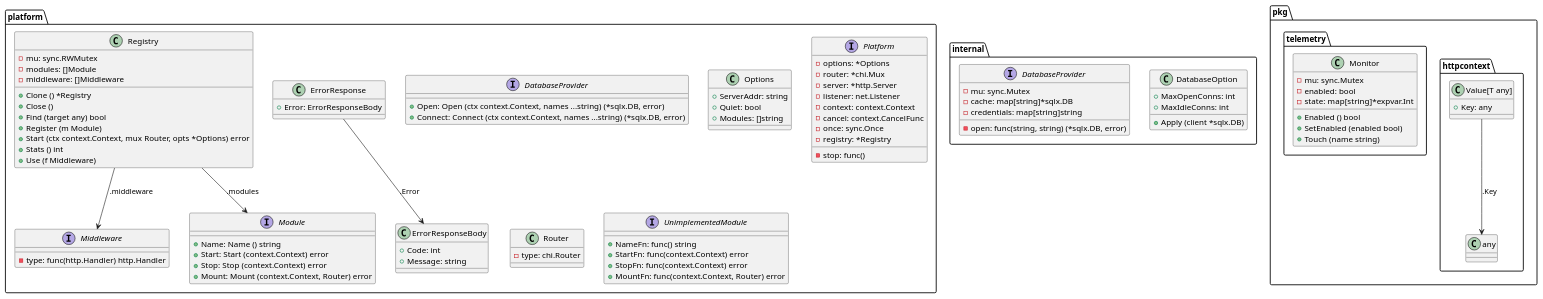
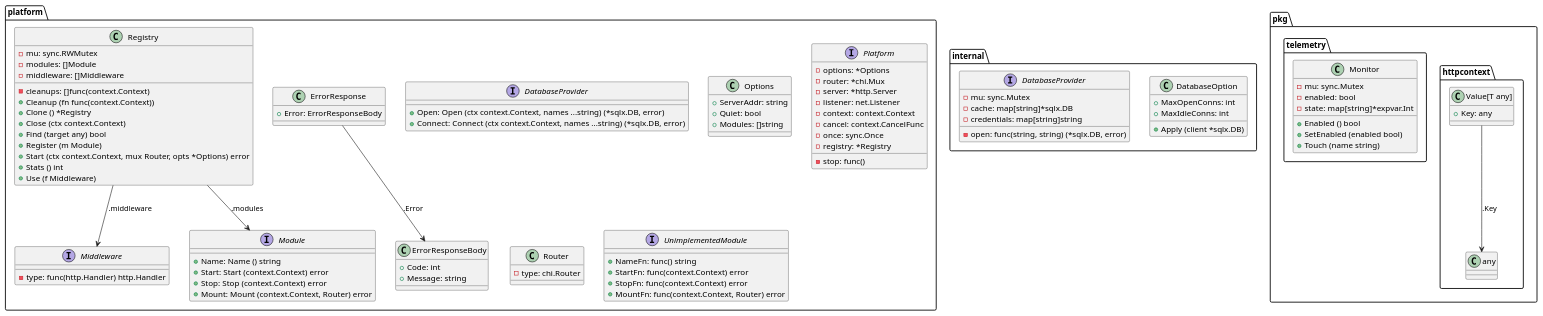
Before and after one commit to titpetric/platform: the diagram in docs/structure.puml, drawn with PlantUML. The commit also changed 5 other files, not shown here.

Commit message:
Shutdown context API extension for registry, register t.Cleanup style functions but context aware

```diff
--- a/docs/structure.puml
+++ b/docs/structure.puml
@@ -1,115 +1,117 @@
 @startuml
 
 class "internal.DatabaseOption" {
   + MaxOpenConns: int
   + MaxIdleConns: int
   + Apply (client *sqlx.DB)
 }
 
 interface "internal.DatabaseProvider" {
   - open: func(string, string) (*sqlx.DB, error)
   - mu: sync.Mutex
   - cache: map[string]*sqlx.DB
   - credentials: map[string]string
 }
 
 class "pkg.httpcontext.Value[T any]" {
   + Key: any
 }
 
 class "pkg.telemetry.Monitor" {
   - mu: sync.Mutex
   - enabled: bool
   - state: map[string]*expvar.Int
   + Enabled () bool
   + SetEnabled (enabled bool)
   + Touch (name string)
 }
 
 interface "platform.DatabaseProvider" {
   + Open: Open (ctx context.Context, names ...string) (*sqlx.DB, error)
   + Connect: Connect (ctx context.Context, names ...string) (*sqlx.DB, error)
 }
 
 class "platform.ErrorResponse" {
   + Error: ErrorResponseBody
 }
 
 class "platform.ErrorResponseBody" {
   + Code: int
   + Message: string
 }
 
 interface "platform.Middleware" {
   - type: func(http.Handler) http.Handler
 }
 
 interface "platform.Module" {
   + Name: Name () string
   + Start: Start (context.Context) error
   + Stop: Stop (context.Context) error
   + Mount: Mount (context.Context, Router) error
 }
 
 class "platform.Options" {
   + ServerAddr: string
   + Quiet: bool
   + Modules: []string
 }
 
 interface "platform.Platform" {
   - options: *Options
   - router: *chi.Mux
   - server: *http.Server
   - listener: net.Listener
   - context: context.Context
   - cancel: context.CancelFunc
   - stop: func()
   - once: sync.Once
   - registry: *Registry
 }
 
 class "platform.Registry" {
   - mu: sync.RWMutex
   - modules: []Module
   - middleware: []Middleware
+  - cleanups: []func(context.Context)
+  + Cleanup (fn func(context.Context))
   + Clone () *Registry
-  + Close ()
+  + Close (ctx context.Context)
   + Find (target any) bool
   + Register (m Module)
   + Start (ctx context.Context, mux Router, opts *Options) error
   + Stats () int
   + Use (f Middleware)
 }
 
 class "platform.Router" {
   - type: chi.Router
 }
 
 interface "platform.UnimplementedModule" {
   + NameFn: func() string
   + StartFn: func(context.Context) error
   + StopFn: func(context.Context) error
   + MountFn: func(context.Context, Router) error
 }
 
 
 
 "pkg.httpcontext.Value[T any]" --> "pkg.httpcontext.any" : .Key
 
 
 
 "platform.ErrorResponse" --> "platform.ErrorResponseBody" : .Error
 
 
 
 
 
 
 "platform.Registry" --> "platform.Module" : .modules
 "platform.Registry" --> "platform.Middleware" : .middleware
 
 
 
 
 @enduml
```
